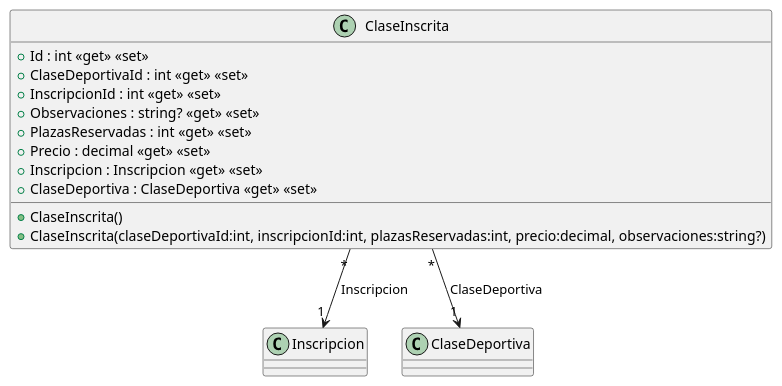
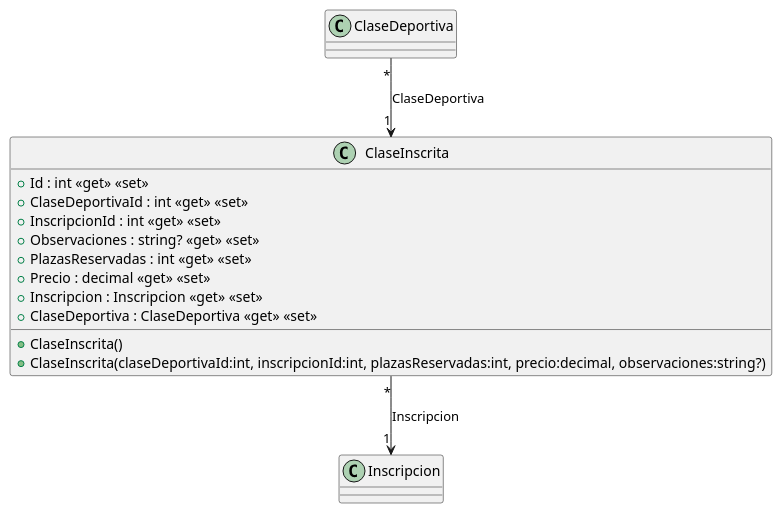
The diagram in src/AppForSEII.API/ClassDiagram/ClaseInscrita.puml (ISII26-27RJD/ISII2627-RDJ), drawn with PlantUML before and after one commit.

Commit message:
pulir errores

```diff
--- a/src/AppForSEII.API/ClassDiagram/ClaseInscrita.puml
+++ b/src/AppForSEII.API/ClassDiagram/ClaseInscrita.puml
@@ -1,17 +1,17 @@
 @startuml
 class ClaseInscrita {
     + ClaseInscrita()
     + ClaseInscrita(claseDeportivaId:int, inscripcionId:int, plazasReservadas:int, precio:decimal, observaciones:string?)
     + Id : int <<get>> <<set>>
     + ClaseDeportivaId : int <<get>> <<set>>
     + InscripcionId : int <<get>> <<set>>
     + Observaciones : string? <<get>> <<set>>
     + PlazasReservadas : int <<get>> <<set>>
     + Precio : decimal <<get>> <<set>>
     + Inscripcion : Inscripcion <<get>> <<set>>
     + ClaseDeportiva : ClaseDeportiva <<get>> <<set>>
 }
 
 ClaseInscrita "*" --> "1" Inscripcion : Inscripcion
-ClaseInscrita "*" --> "1" ClaseDeportiva : ClaseDeportiva
+ClaseDeportiva "*" --> "1" ClaseInscrita : ClaseDeportiva
 @enduml
```
